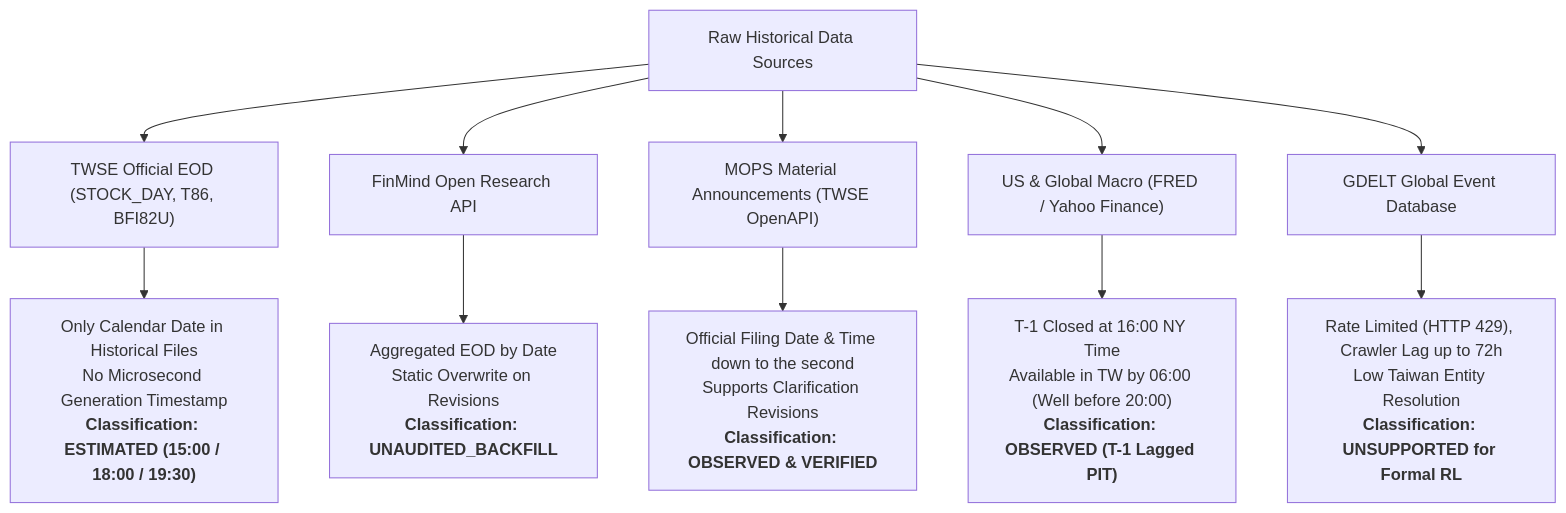
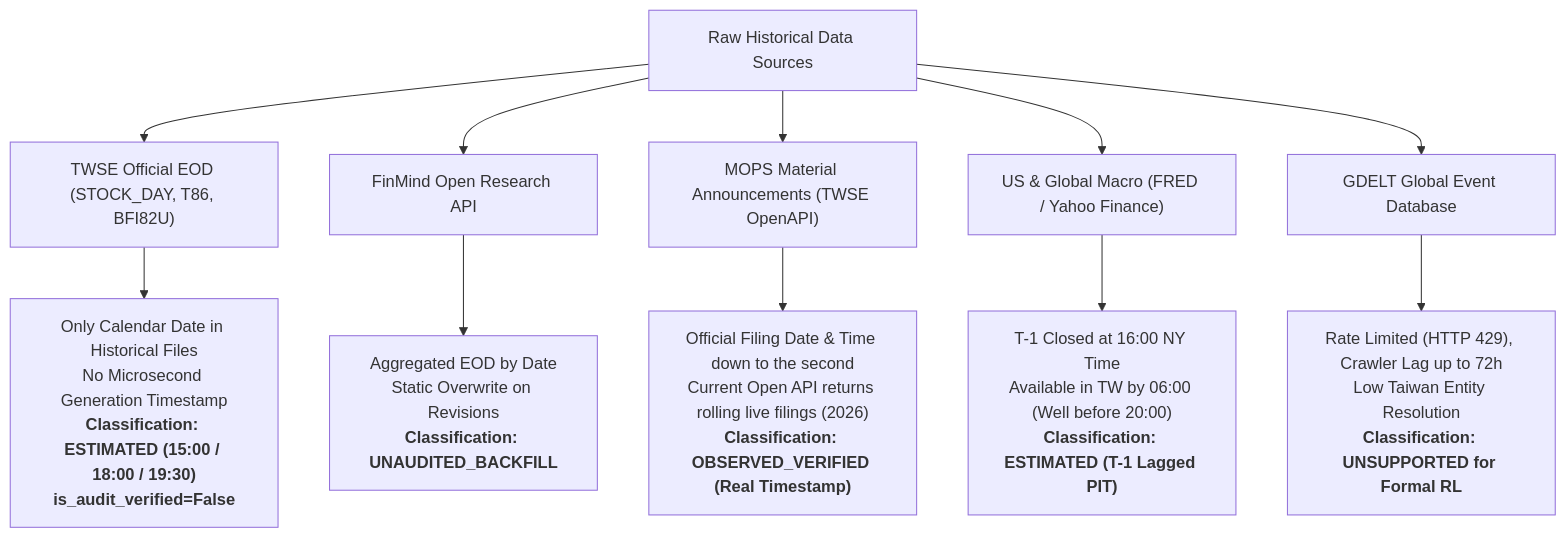
One commit to Augustine-723/News-Aware-Attention-Based-Deep-Reinforcement-Learning-for-Stock-Trading changed the first of 2 diagrams in docs/reports/v8_4_historical_data_poc.md. Above: the diagram before and after it, drawn with Mermaid. The commit also changed other lines of this file and 8 other files, not shown here.

Commit message:
fix(v8.4): real data integrity correction and PIT availability audit

````diff
--- a/docs/reports/v8_4_historical_data_poc.md
+++ b/docs/reports/v8_4_historical_data_poc.md
@@ -50,14 +65,14 @@
 ```mermaid
 flowchart TD
     A["Raw Historical Data Sources"] --> B["TWSE Official EOD (STOCK_DAY, T86, BFI82U)"]
     A --> C["FinMind Open Research API"]
     A --> D["MOPS Material Announcements (TWSE OpenAPI)"]
     A --> E["US & Global Macro (FRED / Yahoo Finance)"]
     A --> F["GDELT Global Event Database"]
 
-    B --> B1["Only Calendar Date in Historical Files<br/>No Microsecond Generation Timestamp<br/><b>Classification: ESTIMATED (15:00 / 18:00 / 19:30)</b>"]
+    B --> B1["Only Calendar Date in Historical Files<br/>No Microsecond Generation Timestamp<br/><b>Classification: ESTIMATED (15:00 / 18:00 / 19:30)</b><br/><b>is_audit_verified=False</b>"]
     C --> C1["Aggregated EOD by Date<br/>Static Overwrite on Revisions<br/><b>Classification: UNAUDITED_BACKFILL</b>"]
-    D --> D1["Official Filing Date & Time down to the second<br/>Supports Clarification Revisions<br/><b>Classification: OBSERVED & VERIFIED</b>"]
-    E --> E1["T-1 Closed at 16:00 NY Time<br/>Available in TW by 06:00 (Well before 20:00)<br/><b>Classification: OBSERVED (T-1 Lagged PIT)</b>"]
+    D --> D1["Official Filing Date & Time down to the second<br/>Current Open API returns rolling live filings (2026)<br/><b>Classification: OBSERVED_VERIFIED (Real Timestamp)</b>"]
+    E --> E1["T-1 Closed at 16:00 NY Time<br/>Available in TW by 06:00 (Well before 20:00)<br/><b>Classification: ESTIMATED (T-1 Lagged PIT)</b>"]
     F --> F1["Rate Limited (HTTP 429), Crawler Lag up to 72h<br/>Low Taiwan Entity Resolution<br/><b>Classification: UNSUPPORTED for Formal RL</b>"]
 ```
````
